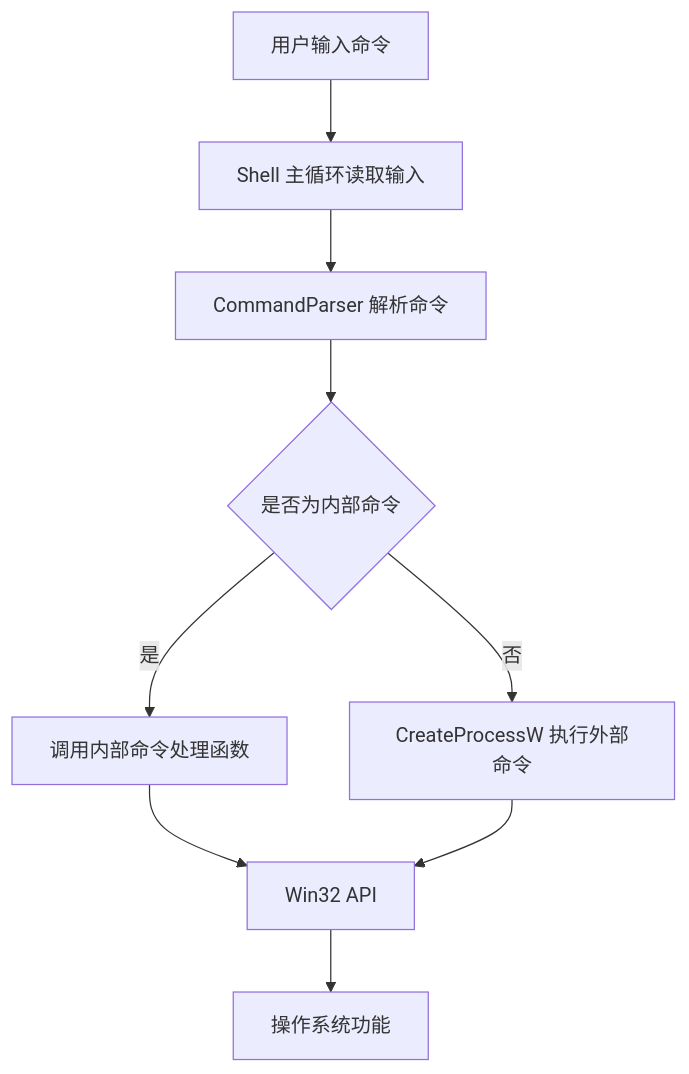
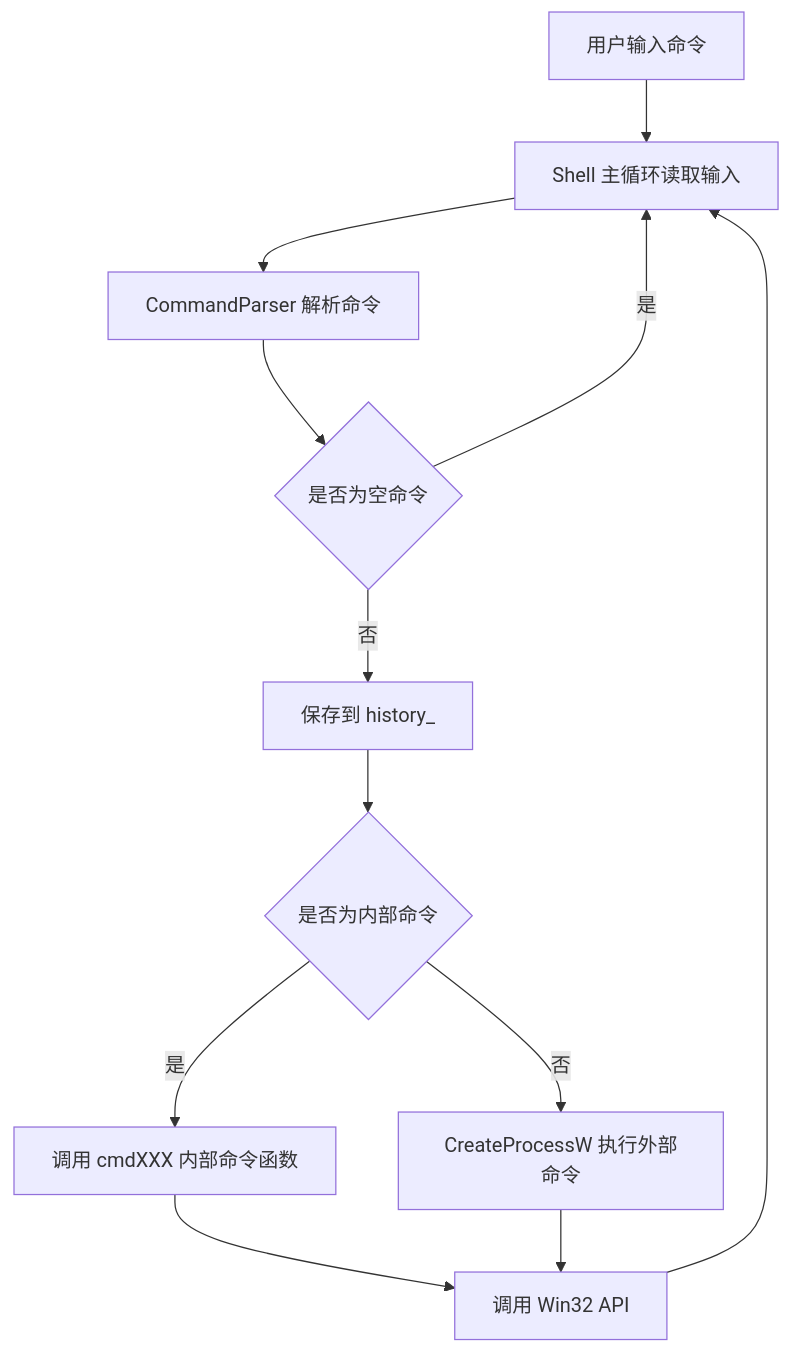
One commit to yxawander/cs_train changed the first of 2 diagrams in 报告/PPT汇报文案.md. Above: the diagram before and after it, drawn with Mermaid. The commit also changed other lines of this file, not shown here.

````diff
--- a/报告/PPT汇报文案.md
+++ b/报告/PPT汇报文案.md
@@ -81,11 +68,14 @@
 ```mermaid
 flowchart TD
     A[用户输入命令] --> B[Shell 主循环读取输入]
     B --> C[CommandParser 解析命令]
-    C --> D{是否为内部命令}
-    D -->|是| E[调用内部命令处理函数]
-    D -->|否| F[CreateProcessW 执行外部命令]
-    E --> G[Win32 API]
-    F --> G
-    G --> H[操作系统功能]
+    C --> D{是否为空命令}
+    D -->|是| B
+    D -->|否| E[保存到 history_]
+    E --> F{是否为内部命令}
+    F -->|是| G[调用 cmdXXX 内部命令函数]
+    F -->|否| H[CreateProcessW 执行外部命令]
+    G --> I[调用 Win32 API]
+    H --> I
+    I --> B
 ```
````
